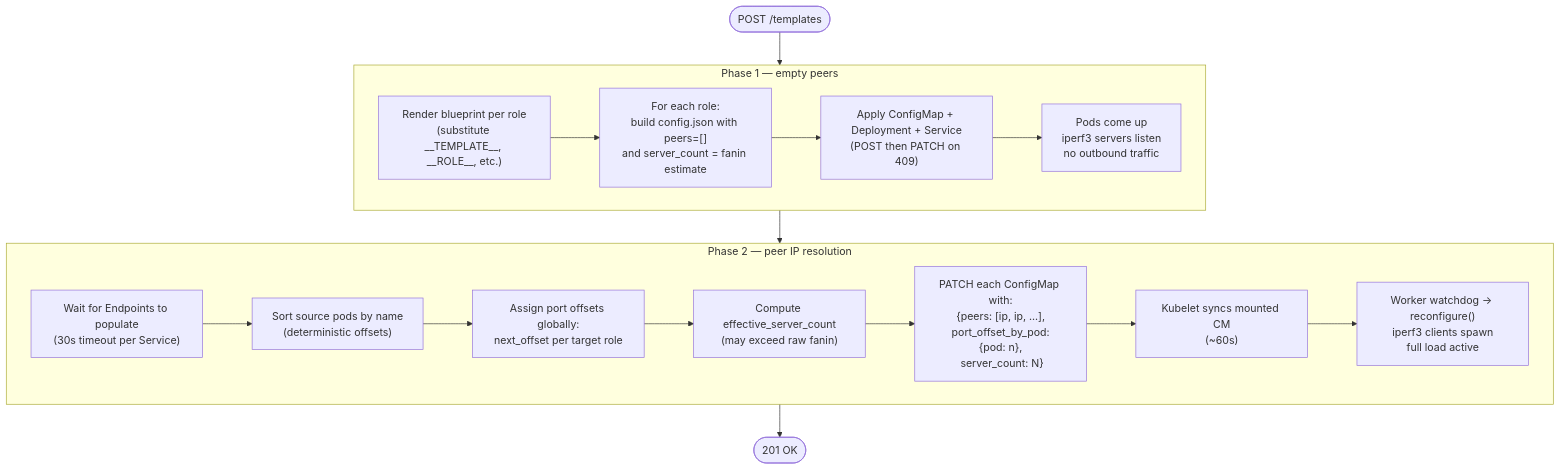
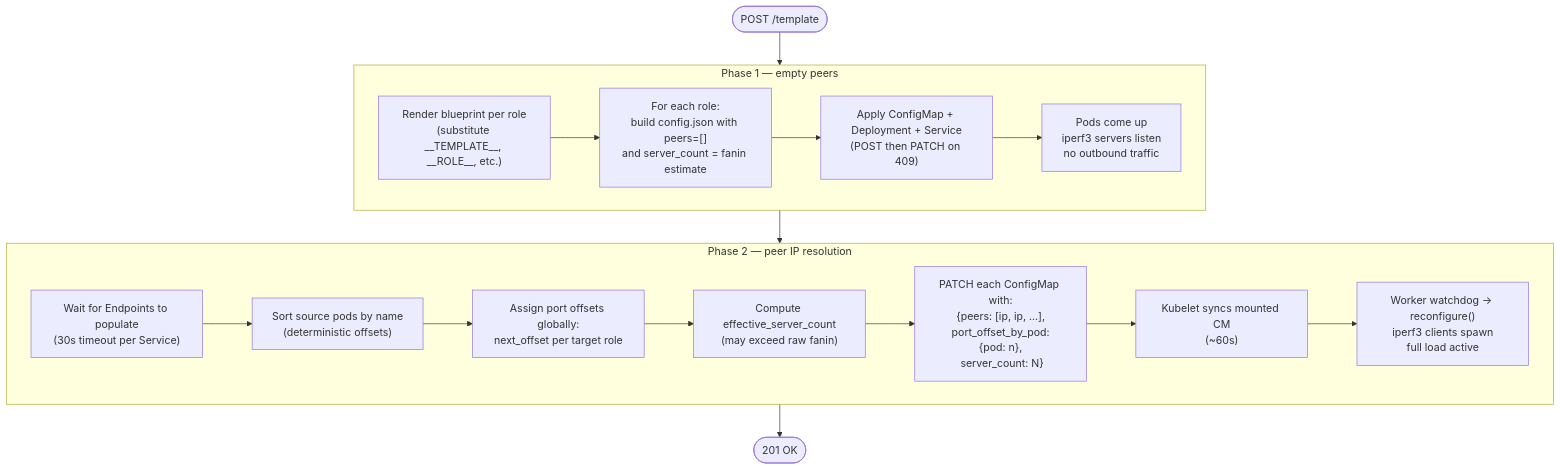
One commit to Jakub-Bojar/cloud-native-emulator changed the fifth of 6 diagrams in ARCHITECTURE.md. Above: the diagram before and after it, drawn with Mermaid. The commit also changed other lines of this file and 1 other file, not shown here.

Commit message:
Update API documentation for template endpoints and inter-tier latency configuration

````diff
--- a/ARCHITECTURE.md
+++ b/ARCHITECTURE.md
@@ -443,25 +443,25 @@
 ```mermaid
 flowchart TB
-    Start([POST /templates])
+    Start([POST /template])
 
     subgraph phase1["Phase 1 — empty peers"]
         P1A["Render blueprint per role<br/>(substitute __TEMPLATE__, __ROLE__, etc.)"]
         P1B["For each role:<br/>build config.json with peers=[]<br/>and server_count = fanin estimate"]
         P1C["Apply ConfigMap + Deployment + Service<br/>(POST then PATCH on 409)"]
         P1D["Pods come up<br/>iperf3 servers listen<br/>no outbound traffic"]
         P1A --> P1B --> P1C --> P1D
     end
 
     subgraph phase2["Phase 2 — peer IP resolution"]
         P2A["Wait for Endpoints to populate<br/>(30s timeout per Service)"]
         P2B["Sort source pods by name<br/>(deterministic offsets)"]
         P2C["Assign port offsets globally:<br/>next_offset per target role"]
         P2D["Compute effective_server_count<br/>(may exceed raw fanin)"]
         P2E["PATCH each ConfigMap with:<br/>{peers: [ip, ip, ...],<br/> port_offset_by_pod: {pod: n},<br/> server_count: N}"]
         P2F["Kubelet syncs mounted CM<br/>(~60s)"]
         P2G["Worker watchdog → reconfigure()<br/>iperf3 clients spawn<br/>full load active"]
         P2A --> P2B --> P2C --> P2D --> P2E --> P2F --> P2G
     end
 
     Start --> phase1 --> phase2 --> Done([201 OK])
 ```
````
